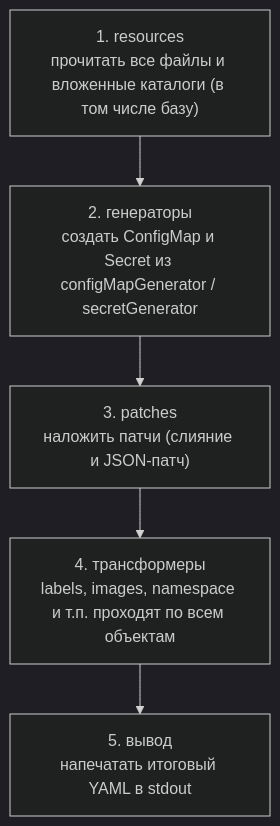
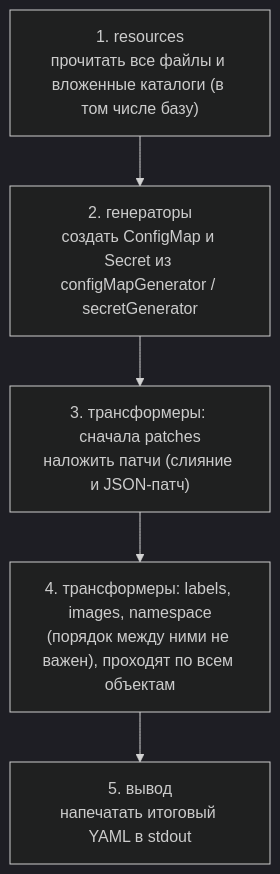
The second of 2 diagrams in devops/05-kubernetes/10-kustomize.md (distinguished-sre/learning), drawn with Mermaid (dark theme) before and after one commit. The commit also changed other lines of this file and 462 other files, not shown here.

````diff
--- a/devops/05-kubernetes/10-kustomize.md
+++ b/devops/05-kubernetes/10-kustomize.md
@@ -347,7 +306,7 @@
 ```mermaid
 flowchart TD
     S1["1. resources<br>прочитать все файлы и вложенные каталоги (в том числе базу)"] --> S2["2. генераторы<br>создать ConfigMap и Secret из configMapGenerator / secretGenerator"]
-    S2 --> S3["3. patches<br>наложить патчи (слияние и JSON-патч)"]
-    S3 --> S4["4. трансформеры<br>labels, images, namespace и т.п. проходят по всем объектам"]
+    S2 --> S3["3. трансформеры: сначала patches<br>наложить патчи (слияние и JSON-патч)"]
+    S3 --> S4["4. трансформеры: labels, images, namespace<br>(порядок между ними не важен), проходят по всем объектам"]
     S4 --> S5["5. вывод<br>напечатать итоговый YAML в stdout"]
 ```
````
